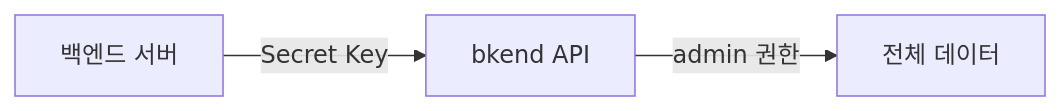
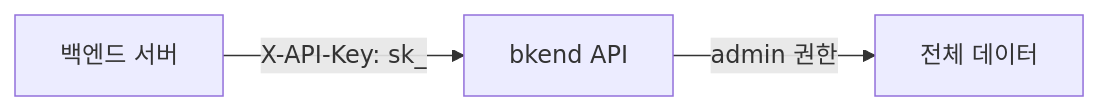
One commit to popup-studio-ai/bkend-docs changed the second of 2 diagrams in ko/security/03-public-vs-secret.md. Above: the diagram before and after it, drawn with Mermaid. The commit also changed other lines of this file and 365 other files, not shown here.

````diff
--- a/ko/security/03-public-vs-secret.md
+++ b/ko/security/03-public-vs-secret.md
@@ -96,5 +100,5 @@
 ```mermaid
 flowchart LR
-    A[백엔드 서버] -->|Secret Key| B[bkend API]
+    A[백엔드 서버] -->|"X-API-Key: sk_"| B[bkend API]
     B -->|admin 권한| C[전체 데이터]
 ```
````
